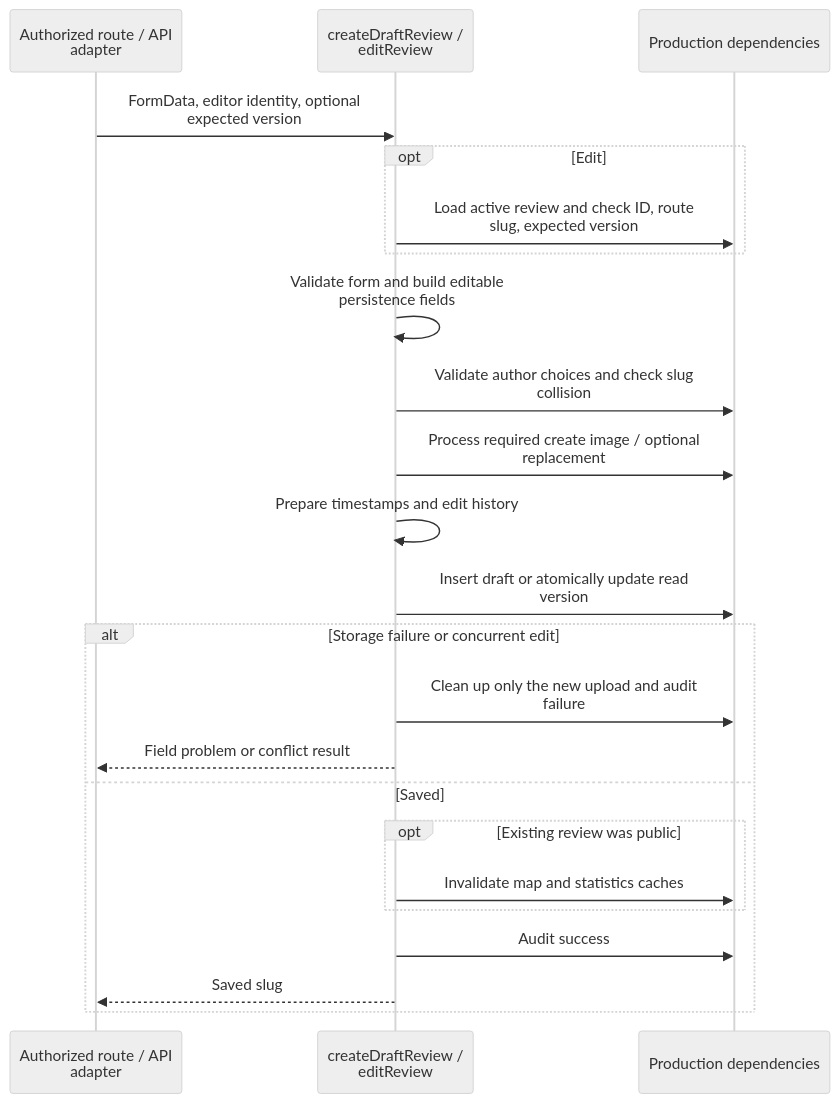
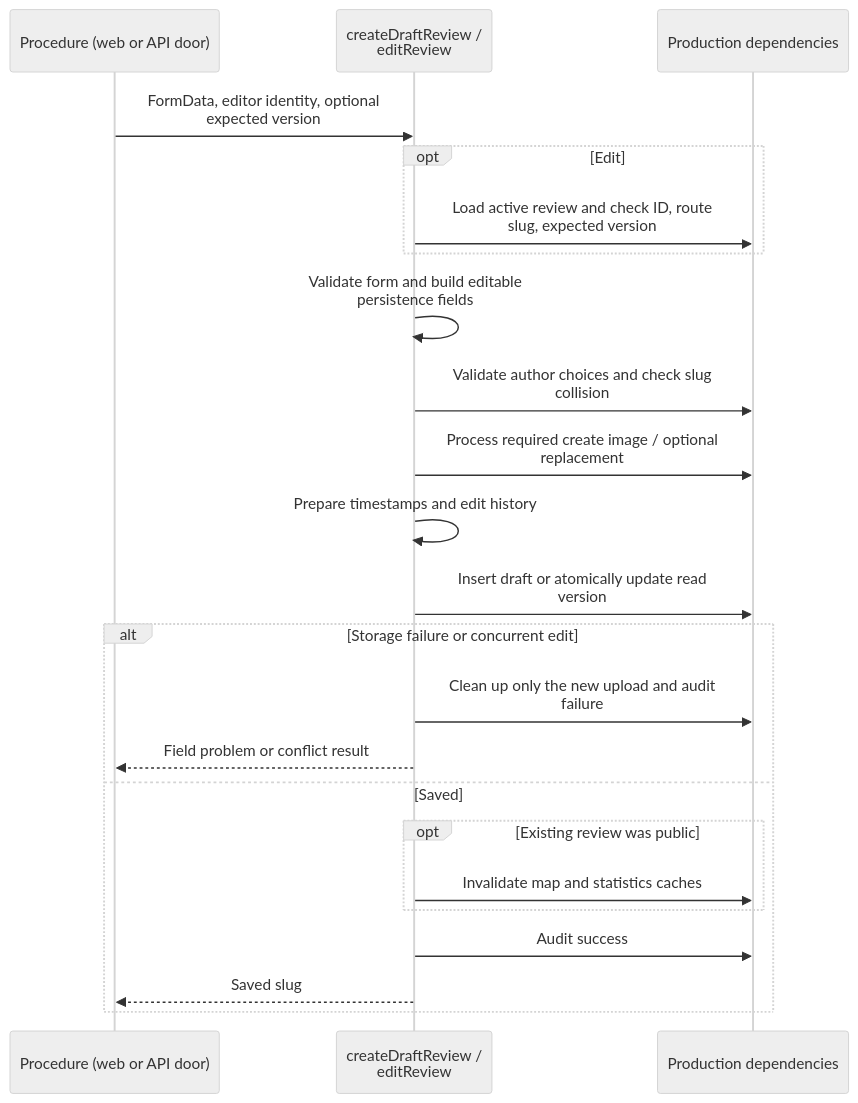
Before and after one commit to jonathan-lindqvist/enstorstarkreview: the second of 3 diagrams in src/lib/server/reviews/README.md, drawn with Mermaid (neutral theme). The commit also changed other lines of this file and 17 other files, not shown here.

````diff
--- a/src/lib/server/reviews/README.md
+++ b/src/lib/server/reviews/README.md
@@ -31,25 +32,25 @@
 ```mermaid
 sequenceDiagram
-    participant Route as Authorized route / API<br/>adapter
+    participant Route as Procedure (web or API door)
     participant Write as createDraftReview /<br/>editReview
     participant Deps as Production dependencies
     Route->>Write: FormData, editor identity, optional<br/>expected version
     opt Edit
         Write->>Deps: Load active review and check ID, route<br/>slug, expected version
     end
     Write->>Write: Validate form and build editable<br/>persistence fields
     Write->>Deps: Validate author choices and check slug<br/>collision
     Write->>Deps: Process required create image / optional<br/>replacement
     Write->>Write: Prepare timestamps and edit history
     Write->>Deps: Insert draft or atomically update read<br/>version
     alt Storage failure or concurrent edit
         Write->>Deps: Clean up only the new upload and audit<br/>failure
         Write-->>Route: Field problem or conflict result
     else Saved
         opt Existing review was public
             Write->>Deps: Invalidate map and statistics caches
         end
         Write->>Deps: Audit success
         Write-->>Route: Saved slug
     end
 ```
````
